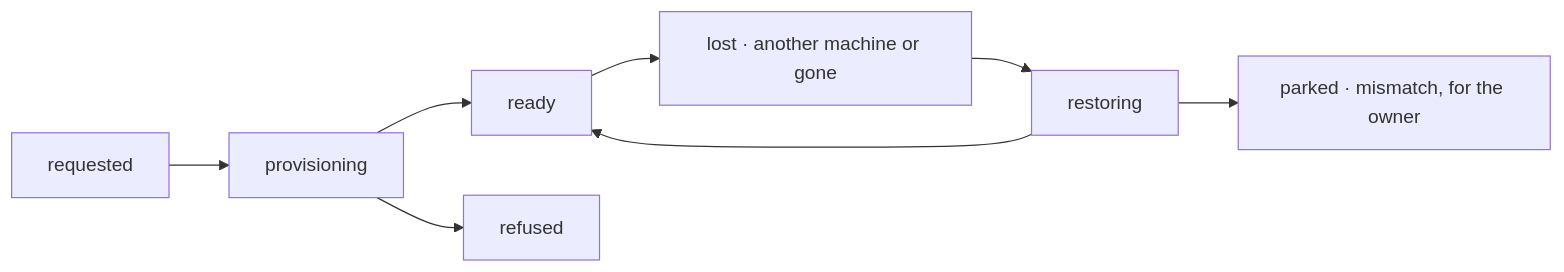
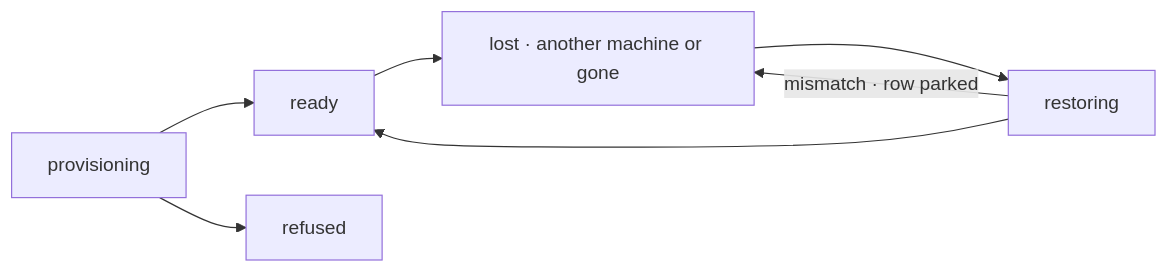
The diagram in specs/issues/FIX-1766/BUSINESS-RULES.md (fixpoint-labs/flow-state-dev), drawn with Mermaid before and after one commit. The commit also changed other lines of this file and 5 other files, not shown here.

````diff
--- a/specs/issues/FIX-1766/BUSINESS-RULES.md
+++ b/specs/issues/FIX-1766/BUSINESS-RULES.md
@@ -55,10 +77,9 @@
 ```mermaid
 flowchart LR
-  Q["requested"] --> P["provisioning"]
-  P --> R["ready"]
+  P["provisioning"] --> R["ready"]
   P --> X["refused"]
   R --> L["lost · another machine or gone"]
   L --> S["restoring"]
   S --> R
-  S --> K["parked · mismatch, for the owner"]
+  S -->|"mismatch · row parked"| L
 ```
````
